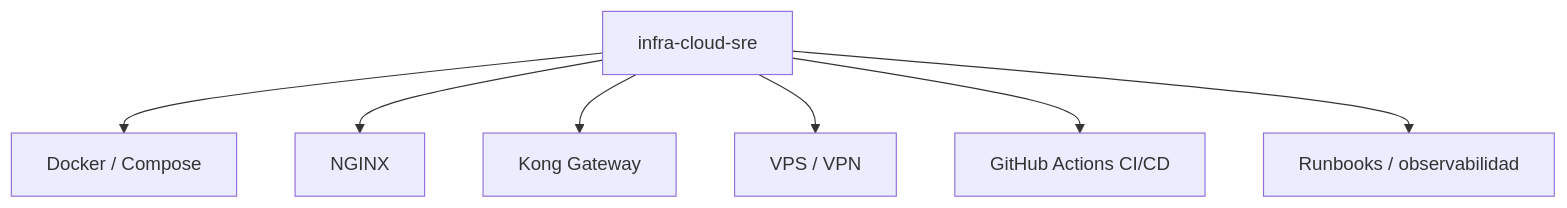
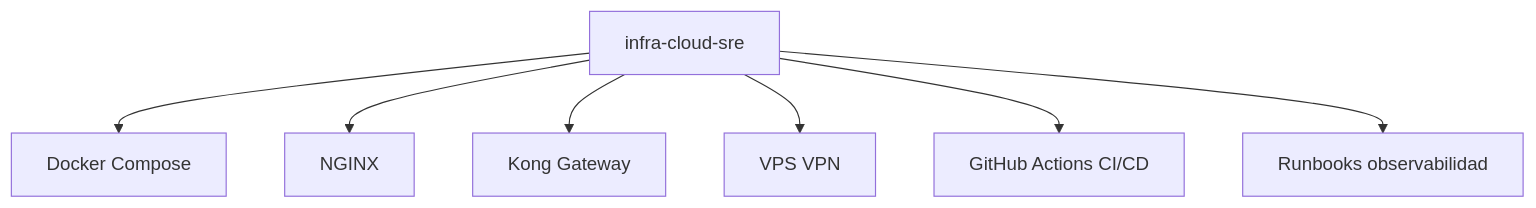
Before and after one commit to adrotech/lufy-ai: the sixth of 6 diagrams in README.md, drawn with Mermaid. The commit also changed other lines of this file, not shown here.

Commit message:
docs: fix README mermaid rendering

````diff
--- a/README.md
+++ b/README.md
@@ -295,9 +295,9 @@
 ```mermaid
 flowchart TD
-    S["infra-cloud-sre"] --> D1["Docker / Compose"]
+    S["infra-cloud-sre"] --> D1["Docker Compose"]
     S --> D2["NGINX"]
     S --> D3["Kong Gateway"]
-    S --> D4["VPS / VPN"]
+    S --> D4["VPS VPN"]
     S --> D5["GitHub Actions CI/CD"]
-    S --> D6["Runbooks / observabilidad"]
+    S --> D6["Runbooks observabilidad"]
 ```
````
